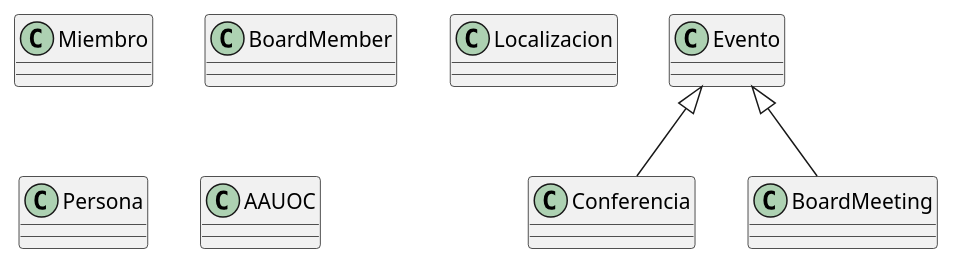
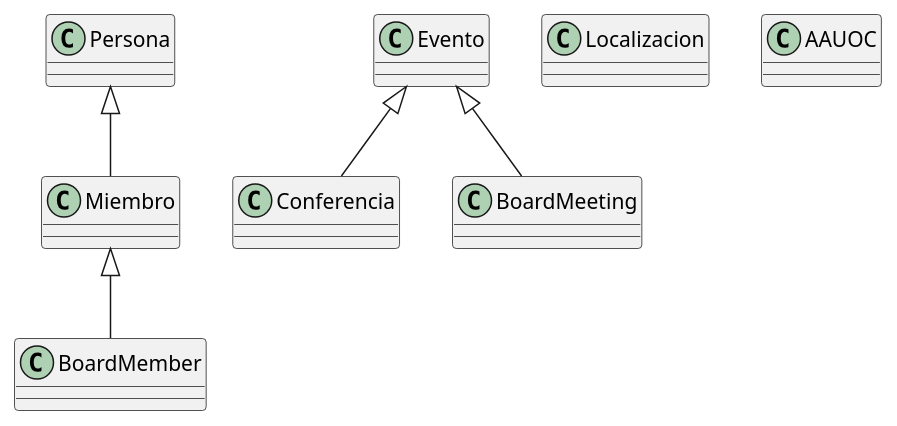
One commit to abrahambelen/UMLClasesAbrahamBelenDuran changed the diagram in src/EjercicioUML.puml. Above: the diagram before and after it, drawn with PlantUML.

Commit message:
Creación del segundo modelo de datos

```diff
--- a/src/EjercicioUML.puml
+++ b/src/EjercicioUML.puml
@@ -1,40 +1,42 @@
 @startuml
 
 class Miembro{
 
 }
 
 class BoardMember{
 
 }
 
 class Evento{
 
 
 }
 
 class Conferencia{
 
 }
 
 class BoardMeeting{
 
 }
 
 class Localizacion{
 
 }
 
 class Persona{
 
 }
 
 class AAUOC{
 
 }
 
 Evento <|-- Conferencia
 Evento <|-- BoardMeeting
 
+Persona <|-- Miembro
+Miembro <|-- BoardMember
 
 @enduml
```
